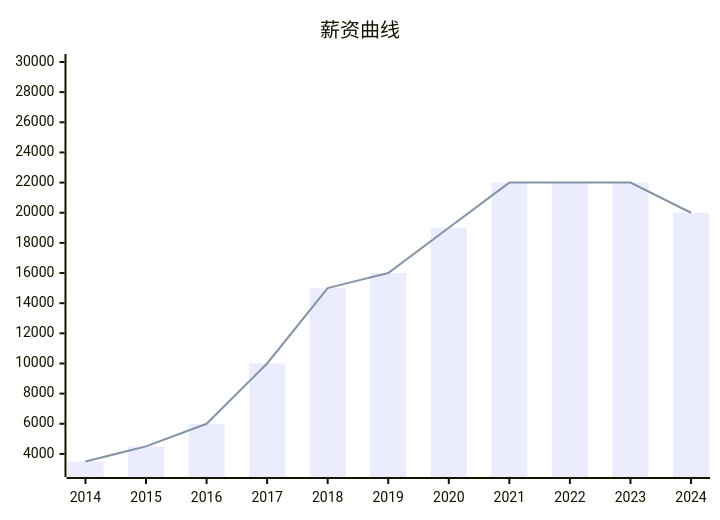
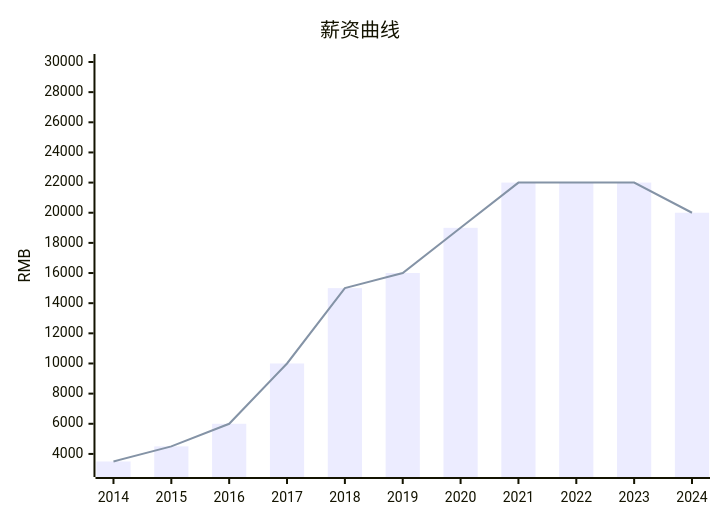
Before and after one commit to dogodo-cc/dogodo-cc.github.io: the diagram in docs/article/2024/10years/index.md, drawn with Mermaid. The commit also changed 2 other files, not shown here.

Commit message:
publish:docs

````diff
--- a/docs/article/2024/10years/index.md
+++ b/docs/article/2024/10years/index.md
@@ -64,9 +64,9 @@
 ```mermaid
 xychart-beta
     title "薪资曲线"
     x-axis [2014, 2015, 2016, 2017, 2018, 2019, 2020, 2021, 2022, 2023, 2024]
-    y-axis 3000 --> 30000
+    y-axis "RMB" 3000 --> 30000
     bar [3500, 4500, 6000, 10000, 15000, 16000, 19000, 22000, 22000, 22000, 20000]
     line [3500, 4500, 6000, 10000, 15000, 16000, 19000, 22000, 22000, 22000, 20000]
 
 ```
````
